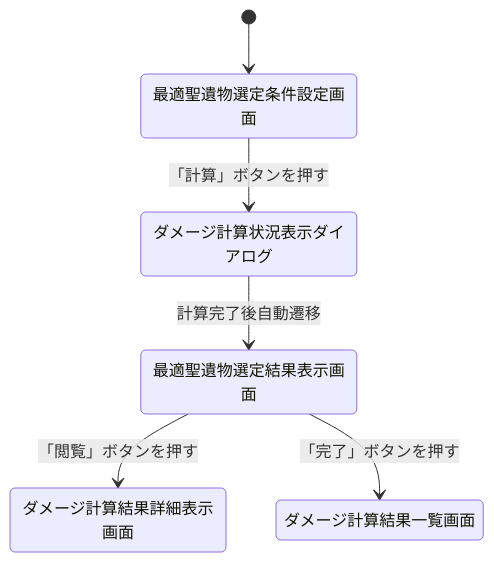
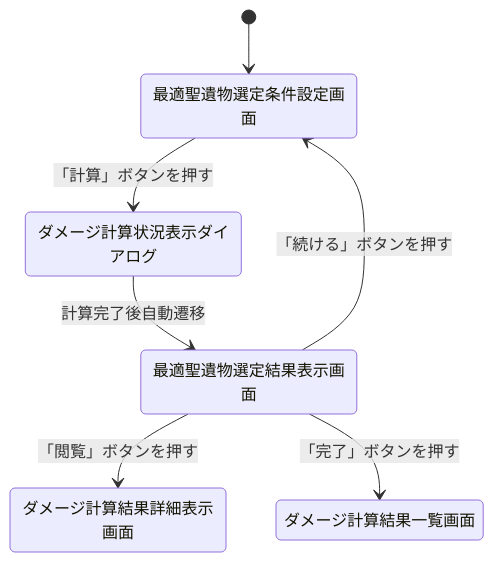
One commit to Ryosuke-Yamasaki/Genshin-Desktop-App changed the fourth of 6 diagrams in README.md. Above: the diagram before and after it, drawn with Mermaid. The commit also changed other lines of this file, not shown here.

````diff
--- a/README.md
+++ b/README.md
@@ -264,8 +313,9 @@
 ```mermaid
 stateDiagram-v2
   [*] --> 最適聖遺物選定条件設定画面
   最適聖遺物選定条件設定画面 --> ダメージ計算状況表示ダイアログ : 「計算」ボタンを押す
   ダメージ計算状況表示ダイアログ --> 最適聖遺物選定結果表示画面 : 計算完了後自動遷移
   最適聖遺物選定結果表示画面 --> ダメージ計算結果詳細表示画面 : 「閲覧」ボタンを押す
   最適聖遺物選定結果表示画面 --> ダメージ計算結果一覧画面 : 「完了」ボタンを押す
+  最適聖遺物選定結果表示画面 --> 最適聖遺物選定条件設定画面 : 「続ける」ボタンを押す
 ```
````
